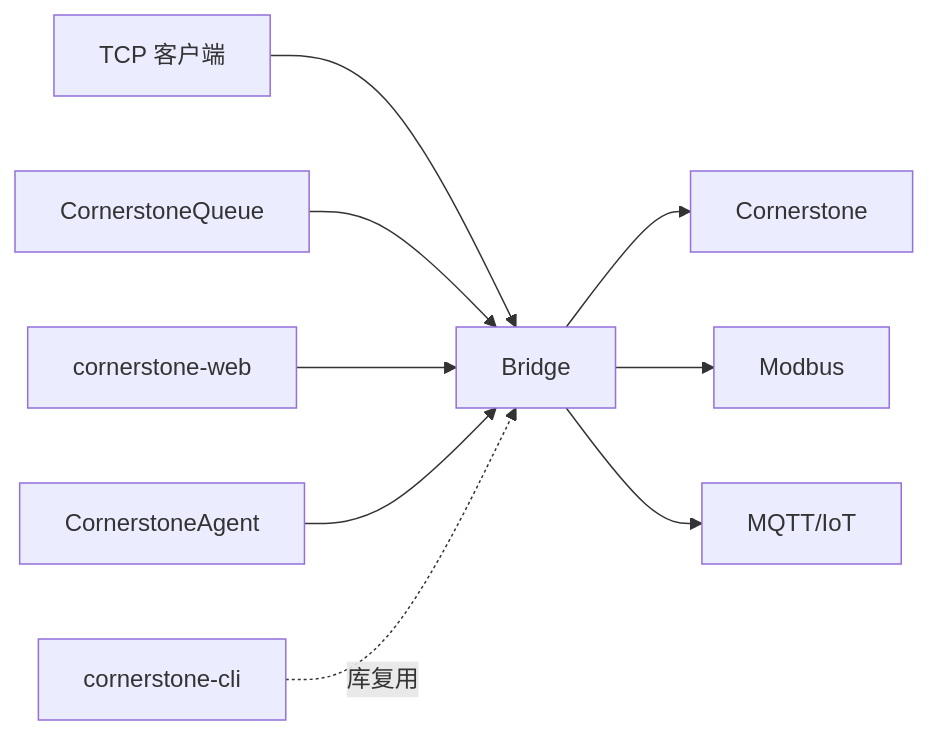
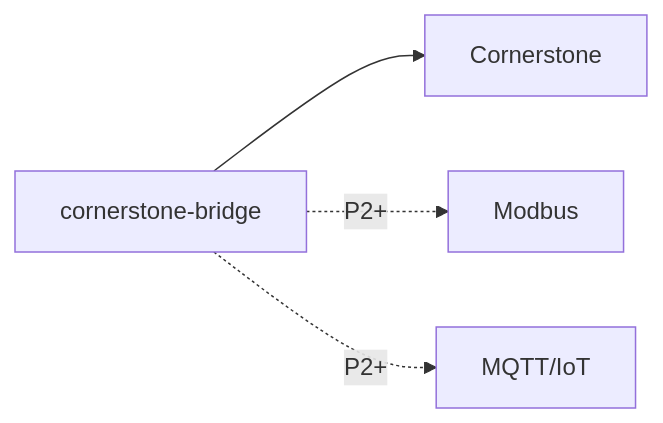
The third of 5 diagrams in PLAN.md (tempcy/CornerstoneMock), drawn with Mermaid before and after one commit. The commit also changed other lines of this file and 498 other files, not shown here.

````diff
--- a/PLAN.md
+++ b/PLAN.md
@@ -71,11 +116,6 @@
 ```mermaid
 flowchart LR
-  TCP[TCP 客户端] --> Bridge
-  Queue[CornerstoneQueue] --> Bridge
-  Web[cornerstone-web] --> Bridge
-  Agent[CornerstoneAgent] --> Bridge
-  Bridge --> CS[Cornerstone]
-  Bridge --> MB[Modbus]
-  Bridge --> MQTT[MQTT/IoT]
-  CLI[cornerstone-cli] -.->|库复用| Bridge
+  Bridge[cornerstone-bridge] --> CS[Cornerstone]
+  Bridge -.->|P2+| MB[Modbus]
+  Bridge -.->|P2+| MQTT[MQTT/IoT]
 ```
````
